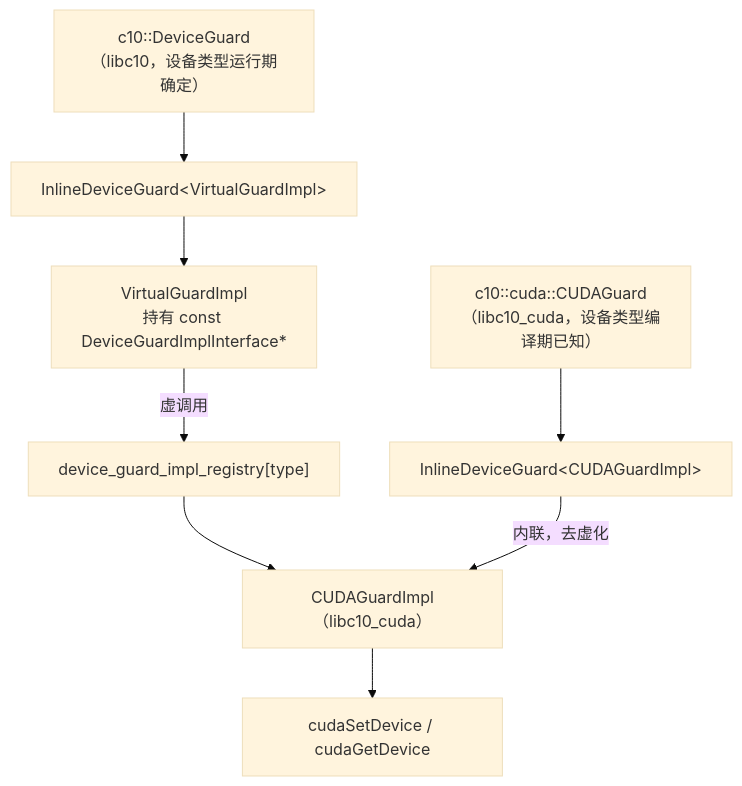
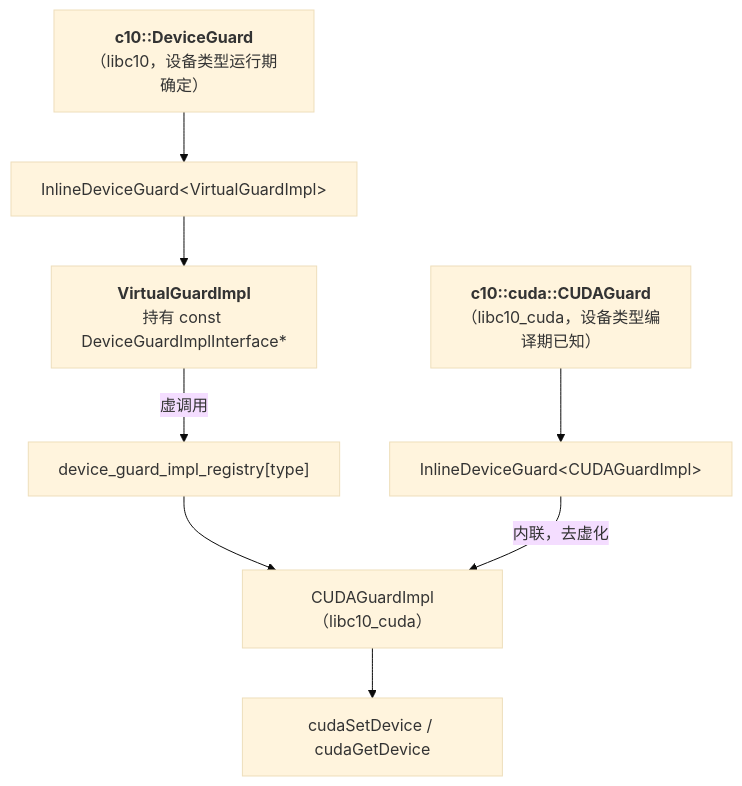
Before and after one commit to arganzheng/arganzheng.github.com: the second of 4 diagrams in _posts/2026-02-12-cpp-concurrency-memory-model-tls-and-guards.md, drawn with Mermaid (base theme). The commit also changed other lines of this file and 7 other files, not shown here.

First line of the commit message:
C++ 在 AI-Infra：从对象模型到算子扩展：Mermaid 多行方框的首行标为标题（8 篇）

````diff
--- a/_posts/2026-02-12-cpp-concurrency-memory-model-tls-and-guards.md
+++ b/_posts/2026-02-12-cpp-concurrency-memory-model-tls-and-guards.md
@@ -1261,11 +1261,11 @@
 ```mermaid
 %% 图：DeviceGuard 的两层结构：运行期确定设备类型走虚调用，编译期已知则内联去虚化
 flowchart TD
-    DG["c10::DeviceGuard<br/>（libc10，设备类型运行期确定）"] --> IDG_V["InlineDeviceGuard&lt;VirtualGuardImpl&gt;"]
-    IDG_V --> VGI["VirtualGuardImpl<br/>持有 const DeviceGuardImplInterface*"]
+    DG["<b>c10::DeviceGuard</b><br/>（libc10，设备类型运行期确定）"] --> IDG_V["InlineDeviceGuard&lt;VirtualGuardImpl&gt;"]
+    IDG_V --> VGI["<b>VirtualGuardImpl</b><br/>持有 const DeviceGuardImplInterface*"]
     VGI -->|虚调用| REG["device_guard_impl_registry[type]"]
     REG --> CGI["CUDAGuardImpl（libc10_cuda）"]
-    CG["c10::cuda::CUDAGuard<br/>（libc10_cuda，设备类型编译期已知）"] --> IDG_C["InlineDeviceGuard&lt;CUDAGuardImpl&gt;"]
+    CG["<b>c10::cuda::CUDAGuard</b><br/>（libc10_cuda，设备类型编译期已知）"] --> IDG_C["InlineDeviceGuard&lt;CUDAGuardImpl&gt;"]
     IDG_C -->|内联，去虚化| CGI
     CGI --> CUDA["cudaSetDevice / cudaGetDevice"]
 ```
````
